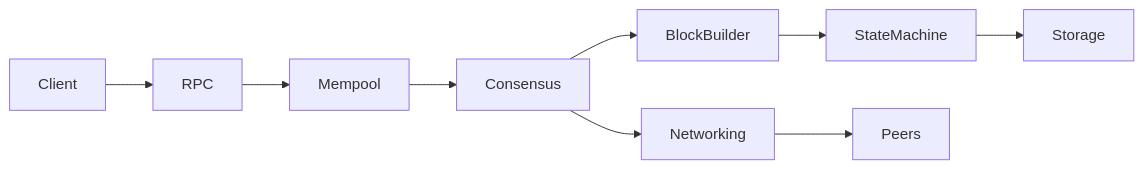
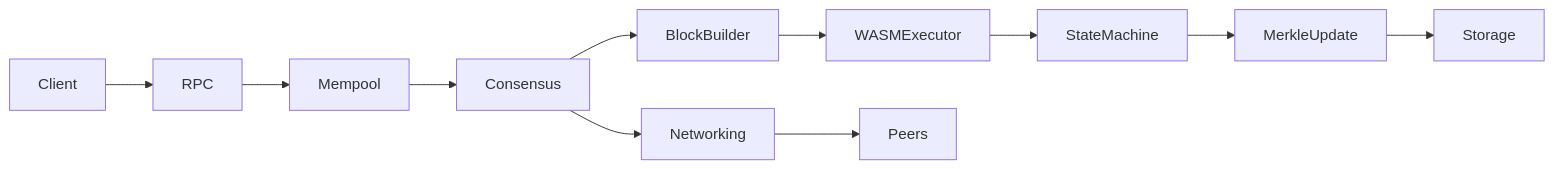
Before and after one commit to echenim/Bedrock: the second of 4 diagrams in README.md, drawn with Mermaid. The commit also changed other lines of this file, not shown here.

````diff
--- a/README.md
+++ b/README.md
@@ -38,11 +128,13 @@
 ``` mermaid
 flowchart LR
     Client --> RPC
     RPC --> Mempool
     Mempool --> Consensus
     Consensus --> BlockBuilder
-    BlockBuilder --> StateMachine
-    StateMachine --> Storage
+    BlockBuilder --> WASMExecutor
+    WASMExecutor --> StateMachine
+    StateMachine --> MerkleUpdate
+    MerkleUpdate --> Storage
     Consensus --> Networking
     Networking --> Peers
 ```
````
